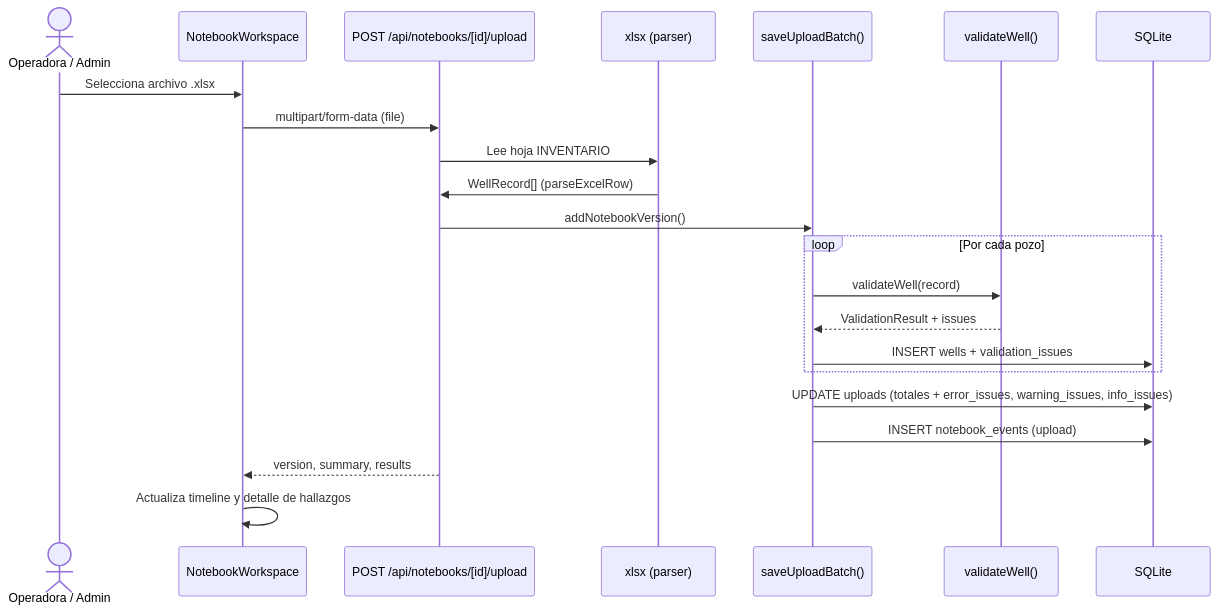
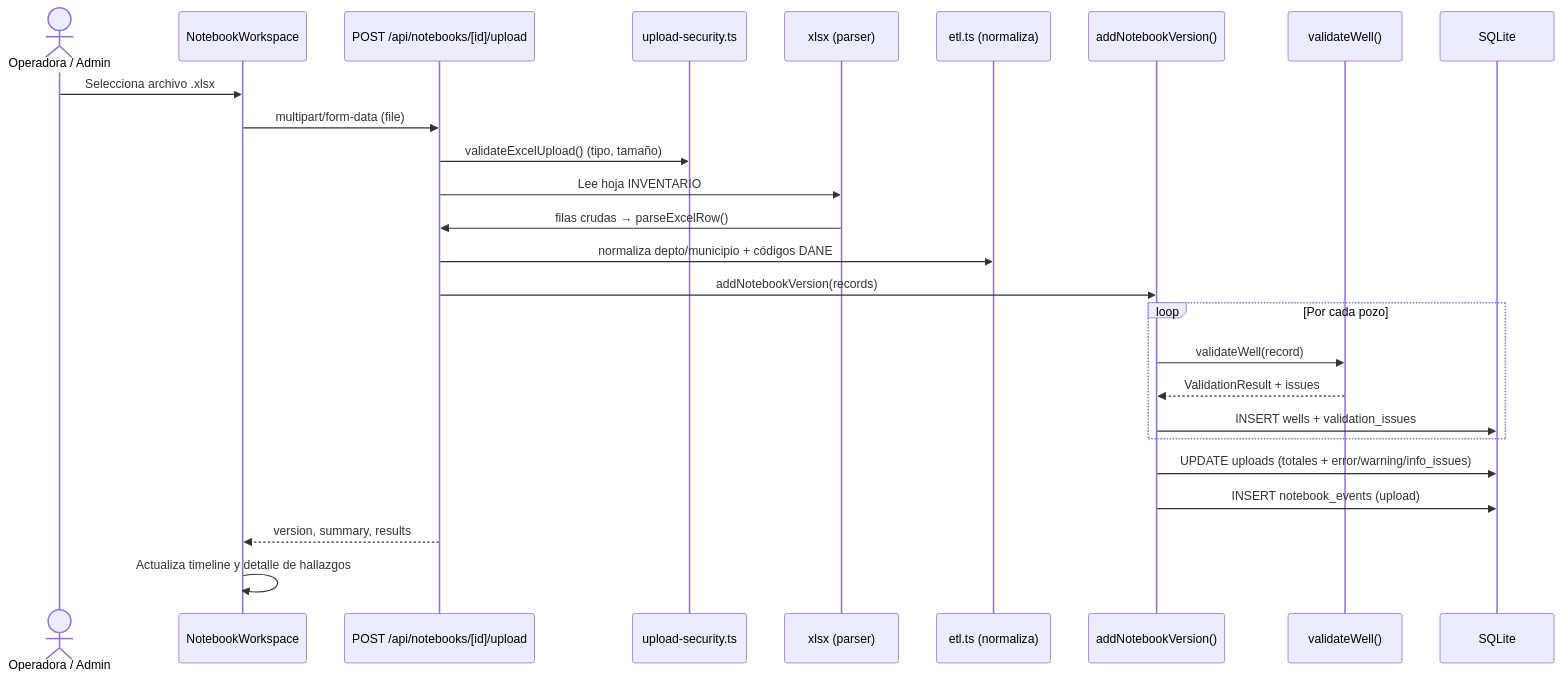
One commit to PhDRedondo/Inventario-de-pozos changed the fifth of 10 diagrams in README.md. Above: the diagram before and after it, drawn with Mermaid. The commit also changed other lines of this file and 3 other files, not shown here.

First line of the commit message:
Overhaul README and scope architecture/security docs to admin

````diff
--- a/README.md
+++ b/README.md
@@ -133,25 +244,29 @@
 ```mermaid
 sequenceDiagram
   actor Op as Operadora / Admin
   participant UI as NotebookWorkspace
   participant API as POST /api/notebooks/[id]/upload
+  participant SEC as upload-security.ts
   participant XLS as xlsx (parser)
-  participant DB as saveUploadBatch()
+  participant ETL as etl.ts (normaliza)
+  participant DB as addNotebookVersion()
   participant VAL as validateWell()
   participant SQL as SQLite
 
   Op->>UI: Selecciona archivo .xlsx
   UI->>API: multipart/form-data (file)
+  API->>SEC: validateExcelUpload() (tipo, tamaño)
   API->>XLS: Lee hoja INVENTARIO
-  XLS->>API: WellRecord[] (parseExcelRow)
-  API->>DB: addNotebookVersion()
+  XLS->>API: filas crudas → parseExcelRow()
+  API->>ETL: normaliza depto/municipio + códigos DANE
+  API->>DB: addNotebookVersion(records)
   loop Por cada pozo
     DB->>VAL: validateWell(record)
     VAL-->>DB: ValidationResult + issues
     DB->>SQL: INSERT wells + validation_issues
   end
-  DB->>SQL: UPDATE uploads (totales + error_issues, warning_issues, info_issues)
+  DB->>SQL: UPDATE uploads (totales + error/warning/info_issues)
   DB->>SQL: INSERT notebook_events (upload)
   API-->>UI: version, summary, results
   UI->>UI: Actualiza timeline y detalle de hallazgos
 ```
````
